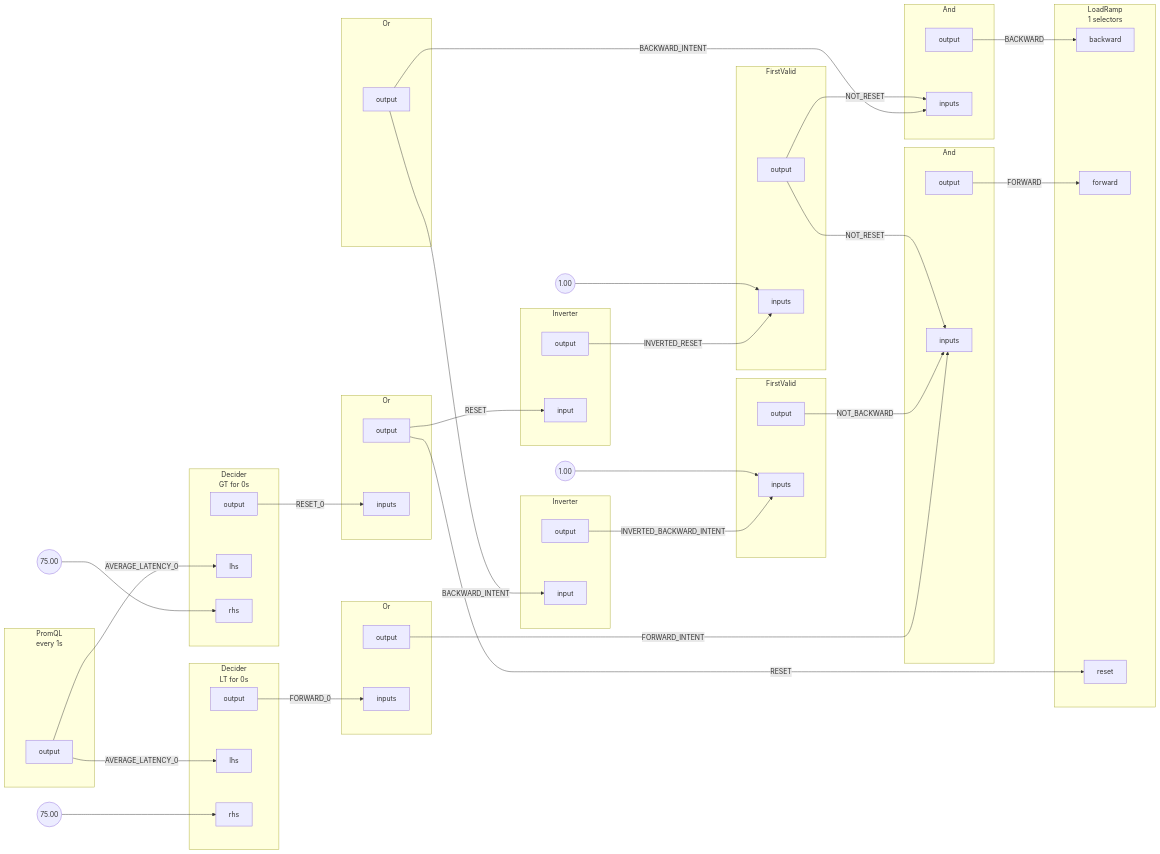
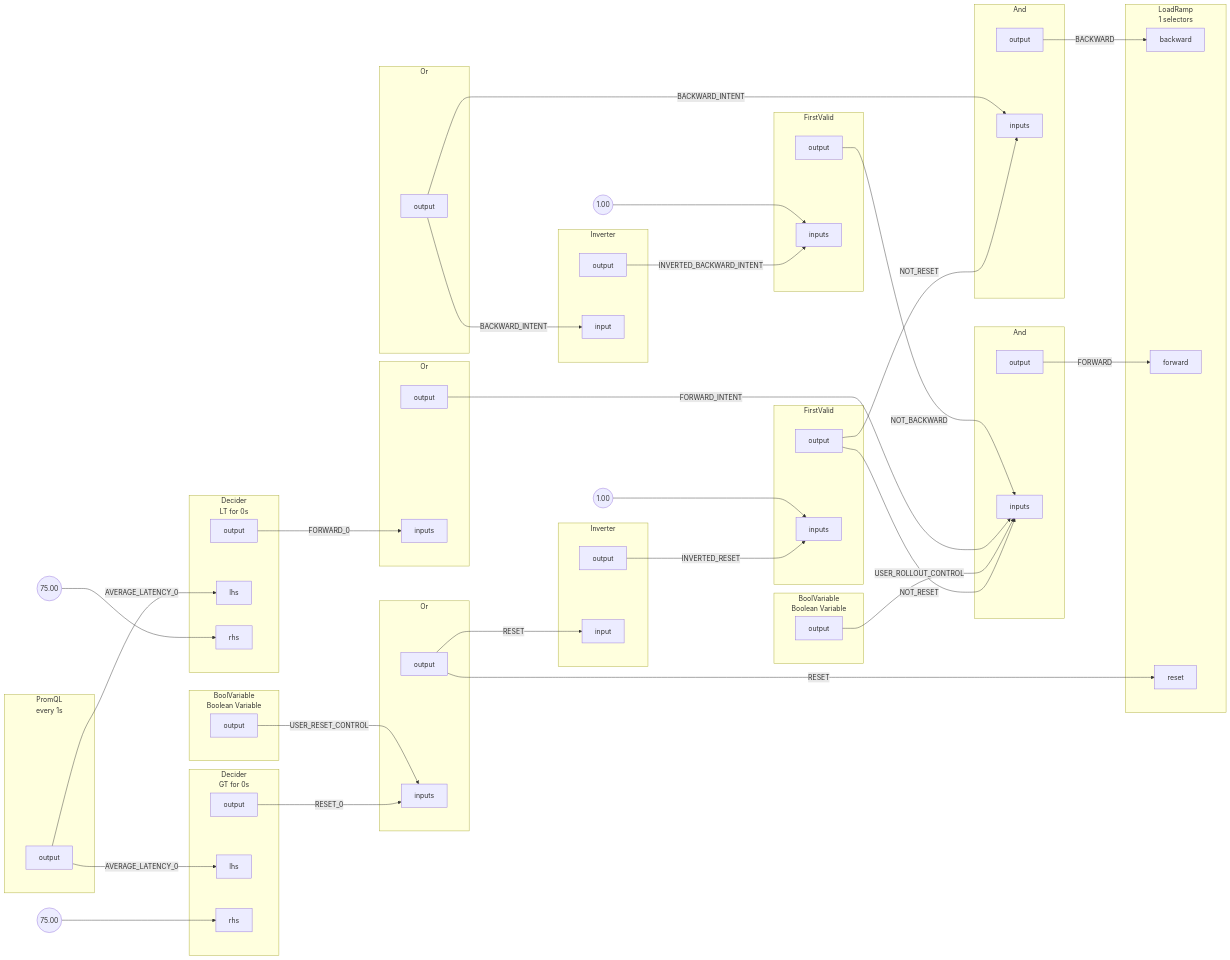
The diagram in docs/content/applying-policies/feature-rollout/assets/with-average-latency-feedback/graph.mmd (fluxninja/aperture), drawn with Mermaid before and after one commit. The commit also changed 42 other files, not shown here.

```diff
--- a/docs/content/applying-policies/feature-rollout/assets/with-average-latency-feedback/graph.mmd
+++ b/docs/content/applying-policies/feature-rollout/assets/with-average-latency-feedback/graph.mmd
@@ -1,152 +1,168 @@
 flowchart LR
 subgraph root.0[<center>PromQL<br/>every 1s</center>]
 subgraph root.0_outports[ ]
 style root.0_outports fill:none,stroke:none
 root.0output[output]
 end
 end
 subgraph root.1[<center>Decider<br/>LT for 0s</center>]
 subgraph root.1_inports[ ]
 style root.1_inports fill:none,stroke:none
 root.1lhs[lhs]
 root.1rhs[rhs]
 end
 subgraph root.1_outports[ ]
 style root.1_outports fill:none,stroke:none
 root.1output[output]
 end
 end
-subgraph root.10[And]
+subgraph root.10[Inverter]
 subgraph root.10_inports[ ]
 style root.10_inports fill:none,stroke:none
-root.10inputs[inputs]
-root.10inputs[inputs]
-root.10inputs[inputs]
+root.10input[input]
 end
 subgraph root.10_outports[ ]
 style root.10_outports fill:none,stroke:none
 root.10output[output]
 end
 end
-subgraph root.11[And]
+subgraph root.11[FirstValid]
 subgraph root.11_inports[ ]
 style root.11_inports fill:none,stroke:none
 root.11inputs[inputs]
 root.11inputs[inputs]
 end
 subgraph root.11_outports[ ]
 style root.11_outports fill:none,stroke:none
 root.11output[output]
 end
 end
-subgraph root.12[<center>LoadRamp<br/>1 selectors</center>]
+root.11_inputs_FakeConstantout((1.00))
+subgraph root.12[And]
 subgraph root.12_inports[ ]
 style root.12_inports fill:none,stroke:none
-root.12backward[backward]
-root.12forward[forward]
-root.12reset[reset]
+root.12inputs[inputs]
+root.12inputs[inputs]
+root.12inputs[inputs]
+root.12inputs[inputs]
+end
+subgraph root.12_outports[ ]
+style root.12_outports fill:none,stroke:none
+root.12output[output]
+end
+end
+subgraph root.13[And]
+subgraph root.13_inports[ ]
+style root.13_inports fill:none,stroke:none
+root.13inputs[inputs]
+root.13inputs[inputs]
+end
+subgraph root.13_outports[ ]
+style root.13_outports fill:none,stroke:none
+root.13output[output]
+end
+end
+subgraph root.14[<center>LoadRamp<br/>1 selectors</center>]
+subgraph root.14_inports[ ]
+style root.14_inports fill:none,stroke:none
+root.14backward[backward]
+root.14forward[forward]
+root.14reset[reset]
 end
 end
 root.1_rhs_FakeConstantout((75.00))
 subgraph root.2[<center>Decider<br/>GT for 0s</center>]
 subgraph root.2_inports[ ]
 style root.2_inports fill:none,stroke:none
 root.2lhs[lhs]
 root.2rhs[rhs]
 end
 subgraph root.2_outports[ ]
 style root.2_outports fill:none,stroke:none
 root.2output[output]
 end
 end
 root.2_rhs_FakeConstantout((75.00))
-subgraph root.3[Or]
-subgraph root.3_inports[ ]
-style root.3_inports fill:none,stroke:none
-root.3inputs[inputs]
-end
+subgraph root.3[<center>BoolVariable<br/>Boolean Variable</center>]
 subgraph root.3_outports[ ]
 style root.3_outports fill:none,stroke:none
 root.3output[output]
 end
 end
-subgraph root.4[Or]
+subgraph root.4[<center>BoolVariable<br/>Boolean Variable</center>]
 subgraph root.4_outports[ ]
 style root.4_outports fill:none,stroke:none
 root.4output[output]
 end
 end
 subgraph root.5[Or]
-subgraph root.5_inports[ ]
-style root.5_inports fill:none,stroke:none
-root.5inputs[inputs]
-end
 subgraph root.5_outports[ ]
 style root.5_outports fill:none,stroke:none
 root.5output[output]
 end
 end
-subgraph root.6[Inverter]
+subgraph root.6[Or]
 subgraph root.6_inports[ ]
 style root.6_inports fill:none,stroke:none
-root.6input[input]
+root.6inputs[inputs]
+root.6inputs[inputs]
 end
 subgraph root.6_outports[ ]
 style root.6_outports fill:none,stroke:none
 root.6output[output]
 end
 end
-subgraph root.7[FirstValid]
+subgraph root.7[Or]
 subgraph root.7_inports[ ]
 style root.7_inports fill:none,stroke:none
-root.7inputs[inputs]
 root.7inputs[inputs]
 end
 subgraph root.7_outports[ ]
 style root.7_outports fill:none,stroke:none
 root.7output[output]
 end
 end
-root.7_inputs_FakeConstantout((1.00))
 subgraph root.8[Inverter]
 subgraph root.8_inports[ ]
 style root.8_inports fill:none,stroke:none
 root.8input[input]
 end
 subgraph root.8_outports[ ]
 style root.8_outports fill:none,stroke:none
 root.8output[output]
 end
 end
 subgraph root.9[FirstValid]
 subgraph root.9_inports[ ]
 style root.9_inports fill:none,stroke:none
 root.9inputs[inputs]
 root.9inputs[inputs]
 end
 subgraph root.9_outports[ ]
 style root.9_outports fill:none,stroke:none
 root.9output[output]
 end
 end
 root.9_inputs_FakeConstantout((1.00))
 root.0output --> |AVERAGE_LATENCY_0| root.1lhs
 root.0output --> |AVERAGE_LATENCY_0| root.2lhs
-root.10output --> |FORWARD| root.12forward
-root.11output --> |BACKWARD| root.12backward
-root.1output --> |FORWARD_0| root.3inputs
+root.10output --> |INVERTED_RESET| root.11inputs
+root.11_inputs_FakeConstantout --> root.11inputs
+root.11output --> |NOT_RESET| root.12inputs
+root.11output --> |NOT_RESET| root.13inputs
+root.12output --> |FORWARD| root.14forward
+root.13output --> |BACKWARD| root.14backward
+root.1output --> |FORWARD_0| root.7inputs
 root.1_rhs_FakeConstantout --> root.1rhs
-root.2output --> |RESET_0| root.5inputs
+root.2output --> |RESET_0| root.6inputs
 root.2_rhs_FakeConstantout --> root.2rhs
-root.3output --> |FORWARD_INTENT| root.10inputs
-root.4output --> |BACKWARD_INTENT| root.11inputs
-root.4output --> |BACKWARD_INTENT| root.6input
-root.5output --> |RESET| root.12reset
-root.5output --> |RESET| root.8input
-root.6output --> |INVERTED_BACKWARD_INTENT| root.7inputs
-root.7_inputs_FakeConstantout --> root.7inputs
-root.7output --> |NOT_BACKWARD| root.10inputs
-root.8output --> |INVERTED_RESET| root.9inputs
+root.3output --> |USER_ROLLOUT_CONTROL| root.12inputs
+root.4output --> |USER_RESET_CONTROL| root.6inputs
+root.5output --> |BACKWARD_INTENT| root.13inputs
+root.5output --> |BACKWARD_INTENT| root.8input
+root.6output --> |RESET| root.10input
+root.6output --> |RESET| root.14reset
+root.7output --> |FORWARD_INTENT| root.12inputs
+root.8output --> |INVERTED_BACKWARD_INTENT| root.9inputs
 root.9_inputs_FakeConstantout --> root.9inputs
-root.9output --> |NOT_RESET| root.10inputs
-root.9output --> |NOT_RESET| root.11inputs
+root.9output --> |NOT_BACKWARD| root.12inputs
```
